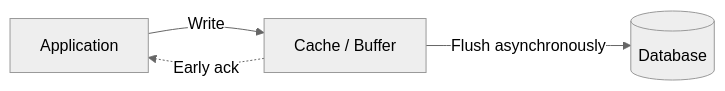
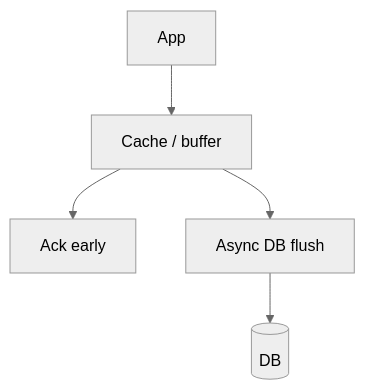
One commit to Johnybritto/system_design changed the fifth of 14 diagrams in system_design_notes/04_caching_strategies_redis_ha_failure_recovery_interview_notes.md. Above: the diagram before and after it, drawn with Mermaid (neutral theme). The commit also changed other lines of this file, not shown here.

Commit message:
docs: align caching guide with chat Q&A and simplify Mermaid diagrams

````diff
--- a/system_design_notes/04_caching_strategies_redis_ha_failure_recovery_interview_notes.md
+++ b/system_design_notes/04_caching_strategies_redis_ha_failure_recovery_interview_notes.md
@@ -108,6 +137,7 @@
 ```mermaid
-flowchart LR
-  A["Application"] -->|"Write"| B["Cache / Buffer"]
-  B -.->|"Early ack"| A
-  B -->|"Flush asynchronously"| C[("Database")]
+flowchart TD
+  A["App"] --> B["Cache / buffer"]
+  B --> C["Ack early"]
+  B --> D["Async DB flush"]
+  D --> E[("DB")]
 ```
````
